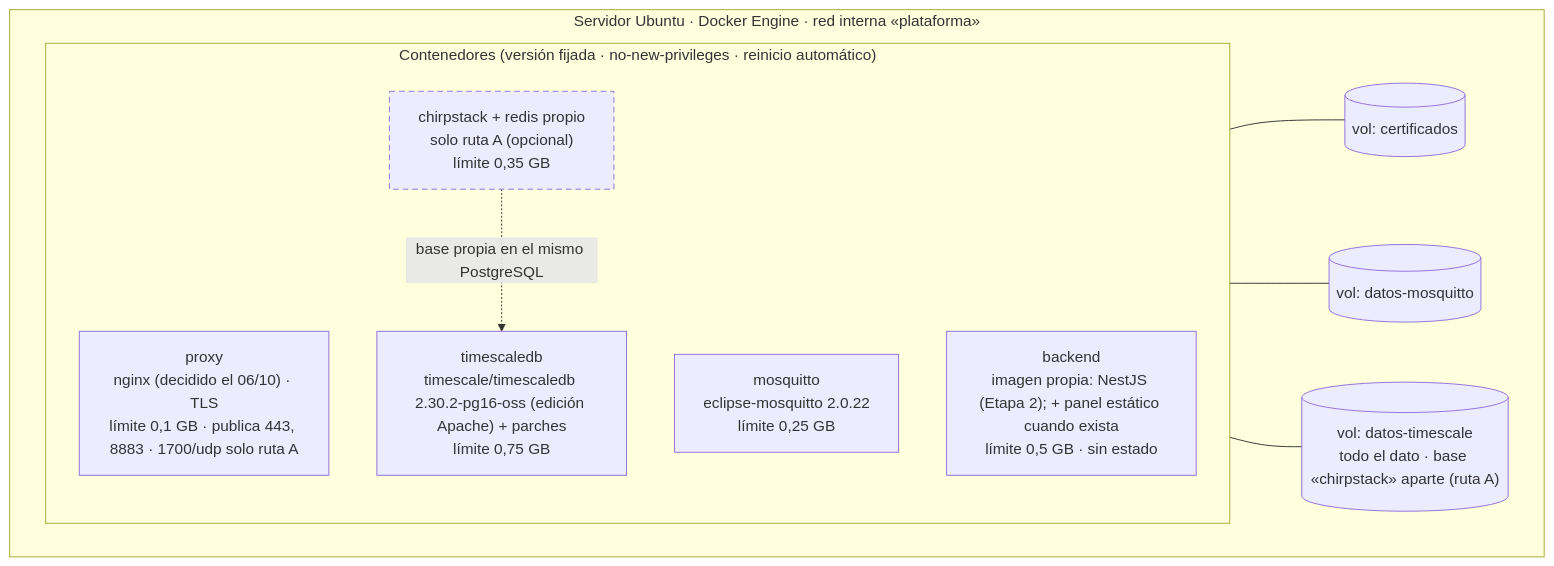
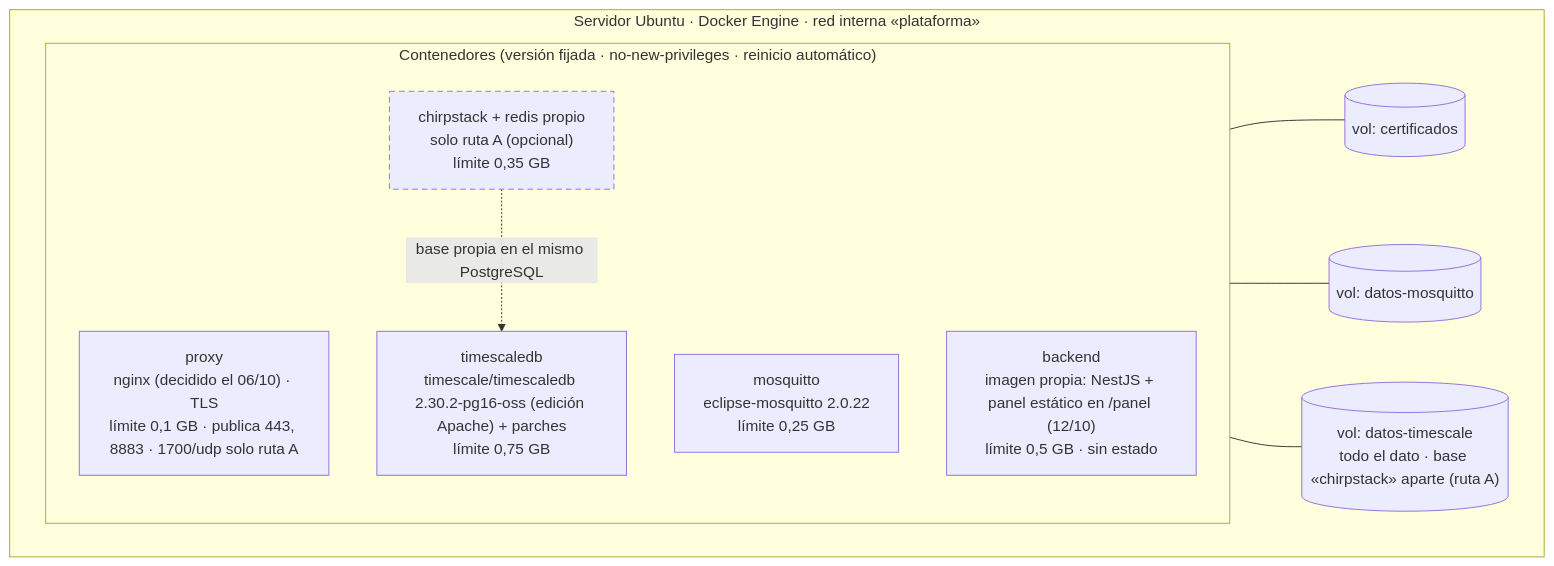
One commit to vicenterami/tesis changed the diagram in informe-oficial/figuras/mermaid/despliegue.mmd. Above: the diagram before and after it, drawn with Mermaid. The commit also changed 29 other files, not shown here.

```diff
--- a/informe-oficial/figuras/mermaid/despliegue.mmd
+++ b/informe-oficial/figuras/mermaid/despliegue.mmd
@@ -1,21 +1,21 @@
 flowchart TB
     subgraph HOST["Servidor Ubuntu · Docker Engine · red interna «plataforma»"]
         direction LR
         subgraph SVC["Contenedores (versión fijada · no-new-privileges · reinicio automático)"]
             direction TB
             C5["proxy<br/>nginx (decidido el 06/10) · TLS<br/>límite 0,1 GB · publica 443, 8883 · 1700/udp solo ruta A"]
             C1["mosquitto<br/>eclipse-mosquitto 2.0.22<br/>límite 0,25 GB"]
             C2["chirpstack + redis propio<br/>solo ruta A (opcional)<br/>límite 0,35 GB"]
-            C4["backend<br/>imagen propia: NestJS (Etapa 2); + panel estático cuando exista<br/>límite 0,5 GB · sin estado"]
+            C4["backend<br/>imagen propia: NestJS + panel estático en /panel (12/10)<br/>límite 0,5 GB · sin estado"]
             C3["timescaledb<br/>timescale/timescaledb 2.30.2-pg16-oss (edición Apache) + parches<br/>límite 0,75 GB"]
         end
         V4[("vol: certificados")]
         V2[("vol: datos-mosquitto")]
         V1[("vol: datos-timescale<br/>todo el dato · base «chirpstack» aparte (ruta A)")]
     end
     C5 --- V4
     C1 --- V2
     C3 --- V1
     C2 -. "base propia en el mismo PostgreSQL" .-> C3
     classDef opcional stroke-dasharray:6 4
     class C2 opcional
```
